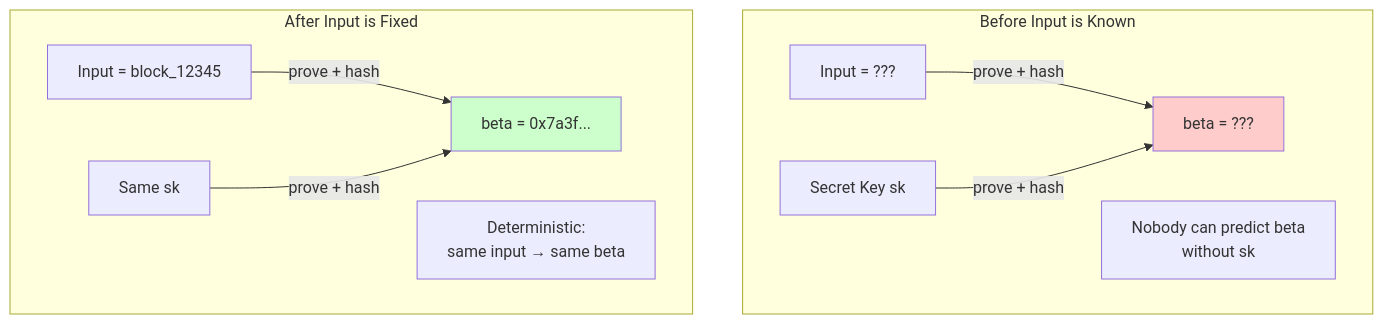
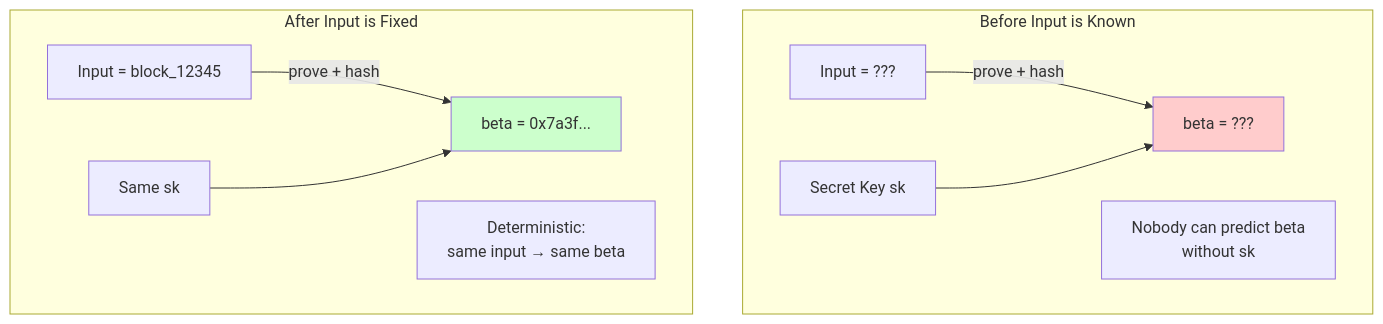
Before and after one commit to cardano-foundation/bls: the eighth of 20 diagrams in aiken/vrf/README.md, drawn with Mermaid. The commit also changed other lines of this file, not shown here.

Commit message:
fix mermaid based figures

````diff
--- a/aiken/vrf/README.md
+++ b/aiken/vrf/README.md
@@ -303,18 +308,20 @@
 ```mermaid
 flowchart TD
     subgraph Before["Before Input is Known"]
         I1["Input = ???"]
         SK["Secret Key sk"]
-        I1 & SK -->|"prove + hash"| Q["beta = ???"]
+        I1 -->|"prove + hash"| Q["beta = ???"]
+        SK --> Q
         style Q fill:#ffcccc
         Note1["Nobody can predict beta<br/>without sk"]
     end
 
     subgraph After["After Input is Fixed"]
         I2["Input = block_12345"]
         SK2["Same sk"]
-        I2 & SK2 -->|"prove + hash"| B["beta = 0x7a3f..."]
+        I2 -->|"prove + hash"| B["beta = 0x7a3f..."]
+        SK2 --> B
         style B fill:#ccffcc
         Note2["Deterministic:<br/>same input → same beta"]
     end
 ```
````
